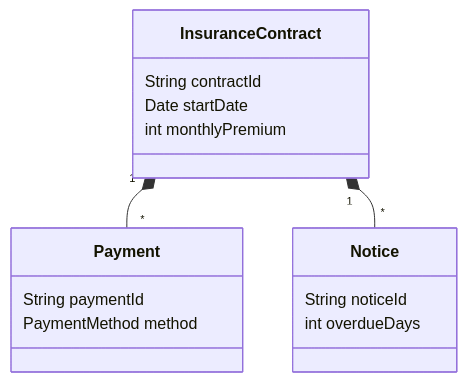
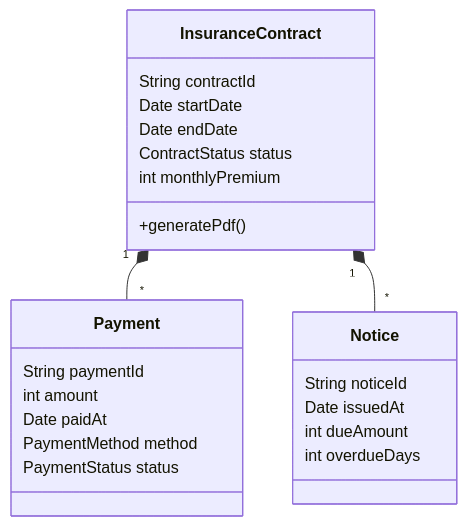
The diagram in docs/presentation/diagrams/clusters/contract-design.mmd (heyoonyoon/distributed-programming), drawn with Mermaid before and after one commit. The commit also changed 28 other files, not shown here.

```diff
--- a/docs/presentation/diagrams/clusters/contract-design.mmd
+++ b/docs/presentation/diagrams/clusters/contract-design.mmd
@@ -1,17 +1,25 @@
 classDiagram
 direction TB
 class InsuranceContract {
   String contractId
   Date startDate
+  Date endDate
+  ContractStatus status
   int monthlyPremium
+  +generatePdf()
 }
 class Payment {
   String paymentId
+  int amount
+  Date paidAt
   PaymentMethod method
+  PaymentStatus status
 }
 class Notice {
   String noticeId
+  Date issuedAt
+  int dueAmount
   int overdueDays
 }
 InsuranceContract "1" *-- "*" Payment
 InsuranceContract "1" *-- "*" Notice
```
